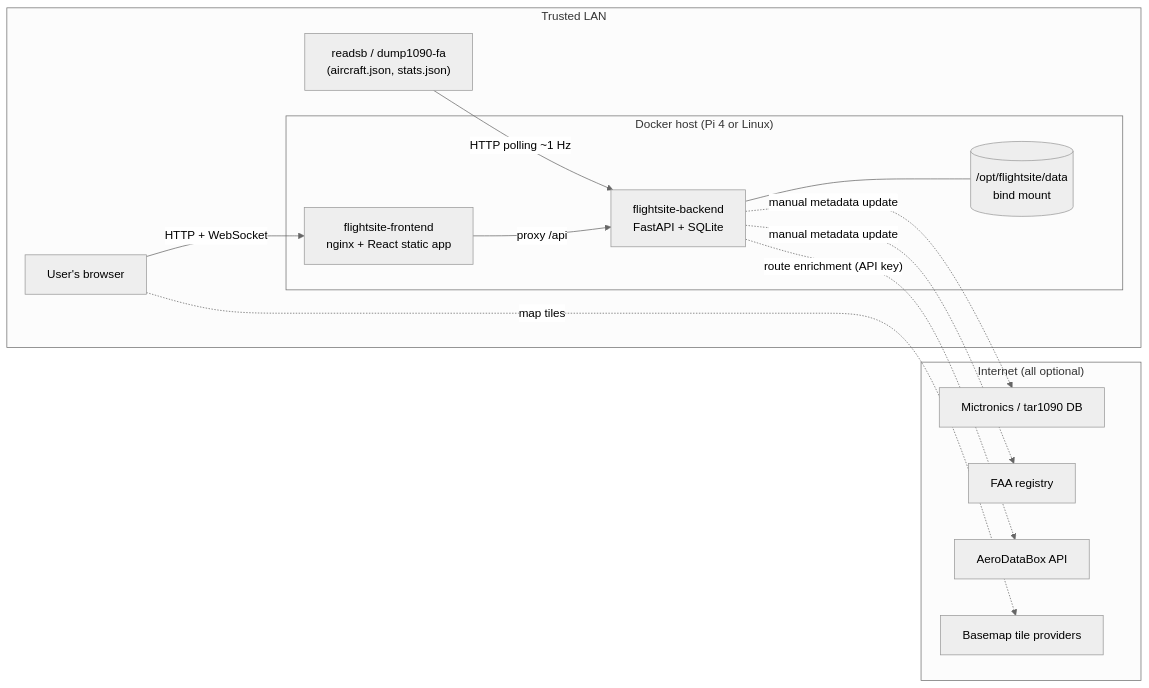
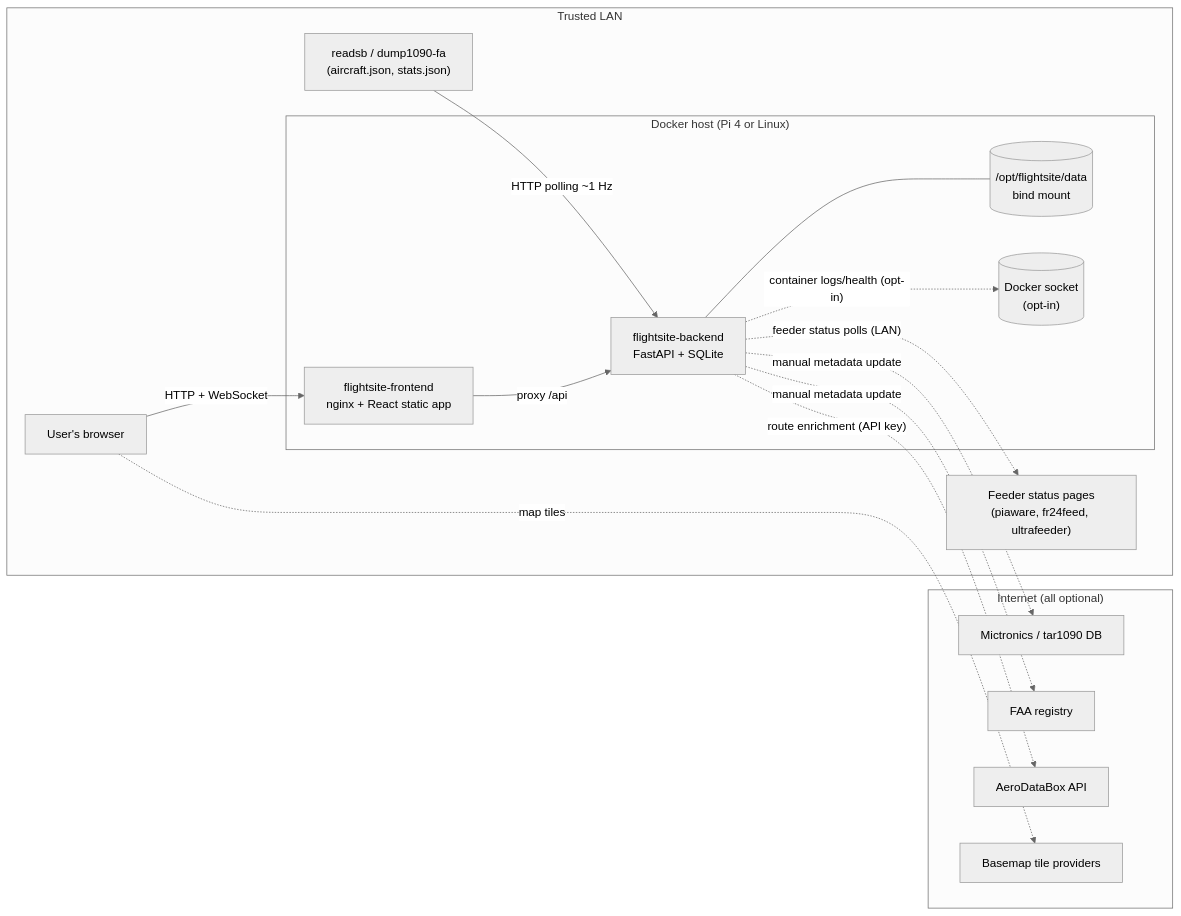
One commit to stevenpickles/flightsite changed the first of 2 diagrams in docs/ARCHITECTURE.md. Above: the diagram before and after it, drawn with Mermaid (neutral theme). The commit also changed other lines of this file and 3 other files, not shown here.

First line of the commit message:
docs: feeders in PRODUCT §4.15, ARCHITECTURE, and the API/DATA_MODEL vocabularies

````diff
--- a/docs/ARCHITECTURE.md
+++ b/docs/ARCHITECTURE.md
@@ -13,27 +13,31 @@
 ```mermaid
 flowchart LR
     subgraph LAN["Trusted LAN"]
         DEC["readsb / dump1090-fa\n(aircraft.json, stats.json)"]
+        FEED["Feeder status pages\n(piaware, fr24feed, ultrafeeder)"]
         subgraph HOST["Docker host (Pi 4 or Linux)"]
             FE["flightsite-frontend\nnginx + React static app"]
             BE["flightsite-backend\nFastAPI + SQLite"]
             DATA[("/opt/flightsite/data\nbind mount")]
+            SOCK[("Docker socket\n(opt-in)")]
         end
         BROWSER["User's browser"]
     end
     subgraph NET["Internet (all optional)"]
         MIC["Mictronics / tar1090 DB"]
         FAA["FAA registry"]
         ADB["AeroDataBox API"]
         TILES["Basemap tile providers"]
     end
 
     DEC -- "HTTP polling ~1 Hz" --> BE
     BROWSER -- "HTTP + WebSocket" --> FE
     FE -- "proxy /api" --> BE
     BE --- DATA
+    BE -. "feeder status polls (LAN)" .-> FEED
+    BE -. "container logs/health (opt-in)" .-> SOCK
     BE -. "manual metadata update" .-> MIC
     BE -. "manual metadata update" .-> FAA
     BE -. "route enrichment (API key)" .-> ADB
     BROWSER -. "map tiles" .-> TILES
 ```
````
